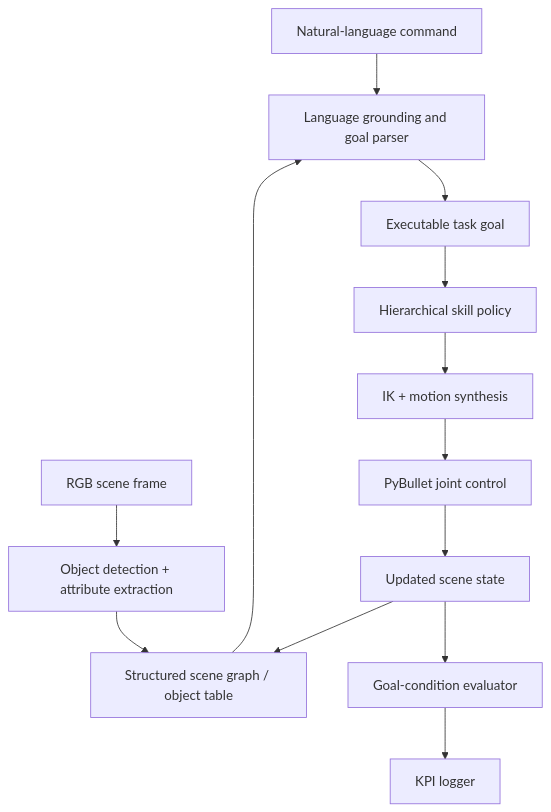
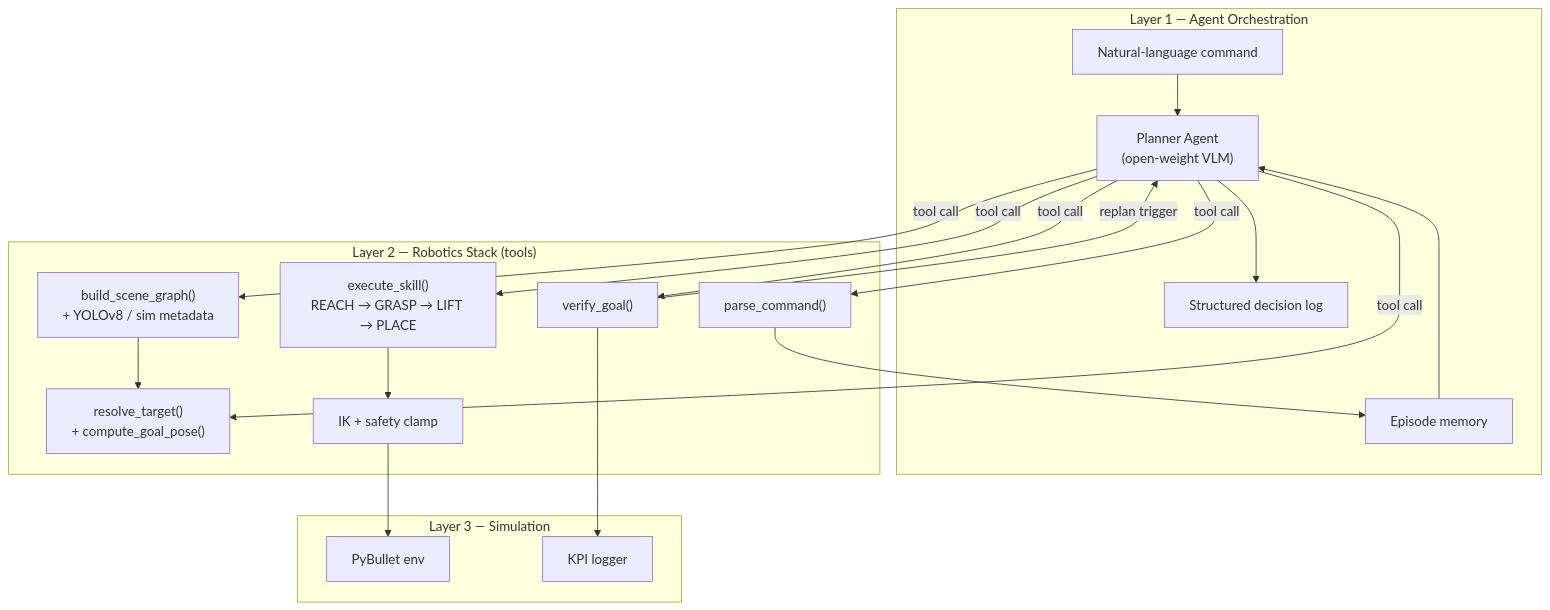
One commit to mohammedryn/VLA_Arm changed the diagram in AX_HACKATHON_PS1_HYBRID_BLUEPRINT.md. Above: the diagram before and after it, drawn with Mermaid. The commit also changed other lines of this file and 203 other files, not shown here.

````diff
--- a/AX_HACKATHON_PS1_HYBRID_BLUEPRINT.md
+++ b/AX_HACKATHON_PS1_HYBRID_BLUEPRINT.md
@@ -294,22 +308,37 @@
 ```mermaid
 flowchart TB
-    CMD["Natural-language command"]
-    RGB["RGB scene frame"]
-    DET["Object detection + attribute extraction"]
-    SG["Structured scene graph / object table"]
-    PARSE["Language grounding and goal parser"]
-    GOAL["Executable task goal"]
-    SKILL["Hierarchical skill policy"]
-    IK["IK + motion synthesis"]
-    CTRL["PyBullet joint control"]
-    STATE["Updated scene state"]
-    VERIFY["Goal-condition evaluator"]
-    METRICS["KPI logger"]
+    subgraph AGENT ["Layer 1 — Agent Orchestration"]
+        CMD["Natural-language command"]
+        PLANNER["Planner Agent\n(open-weight VLM)"]
+        DECLOG["Structured decision log"]
+        MEMORY["Episode memory"]
+    end
 
-    CMD --> PARSE
-    RGB --> DET --> SG
-    SG --> PARSE
-    PARSE --> GOAL
-    GOAL --> SKILL --> IK --> CTRL --> STATE --> VERIFY --> METRICS
-    STATE --> SG
+    subgraph STACK ["Layer 2 — Robotics Stack (tools)"]
+        PARSE["parse_command()"]
+        SG["build_scene_graph()\n+ YOLOv8 / sim metadata"]
+        GROUND["resolve_target()\n+ compute_goal_pose()"]
+        SKILL["execute_skill()\nREACH → GRASP → LIFT → PLACE"]
+        IK["IK + safety clamp"]
+        VERIFY["verify_goal()"]
+    end
+
+    subgraph SIM ["Layer 3 — Simulation"]
+        PYBULLET["PyBullet env"]
+        METRICS["KPI logger"]
+    end
+
+    CMD --> PLANNER
+    PLANNER -->|tool call| PARSE
+    PLANNER -->|tool call| SG
+    PLANNER -->|tool call| GROUND
+    PLANNER -->|tool call| SKILL
+    PLANNER -->|tool call| VERIFY
+    PARSE --> MEMORY
+    SG --> GROUND
+    SKILL --> IK --> PYBULLET
+    VERIFY --> METRICS
+    VERIFY -->|replan trigger| PLANNER
+    PLANNER --> DECLOG
+    MEMORY --> PLANNER
 ```
````
